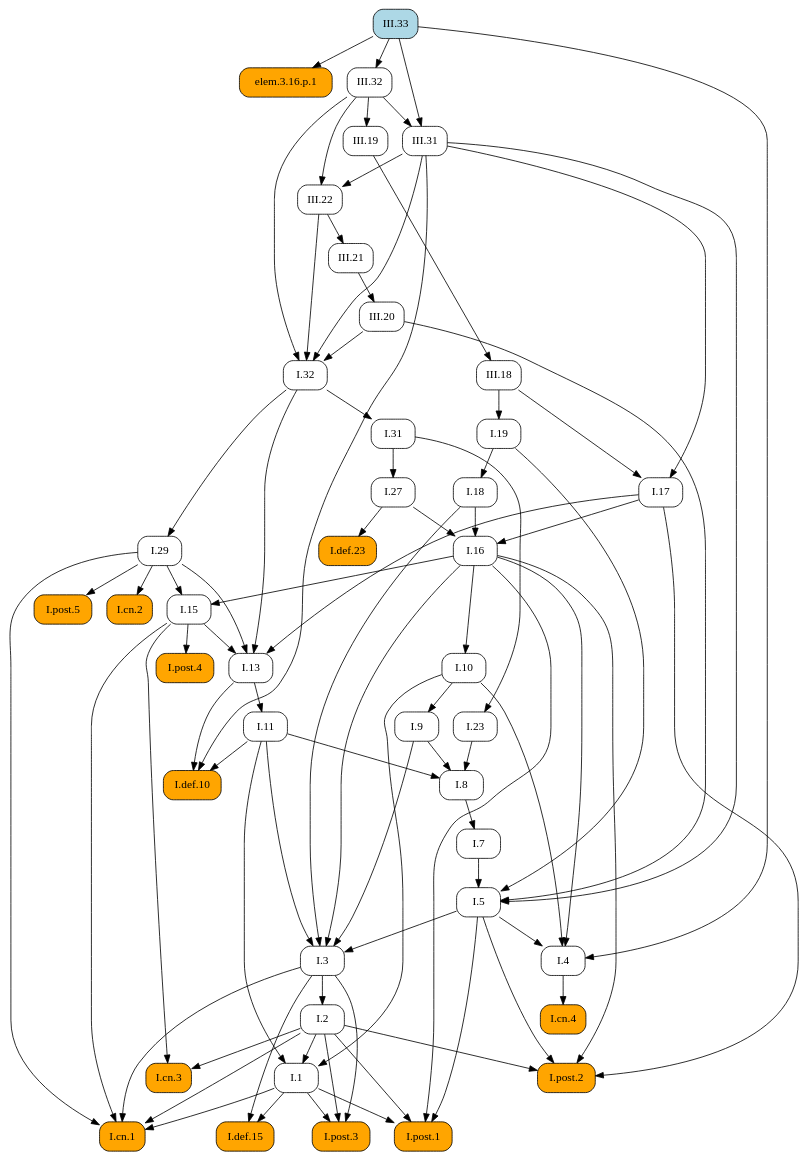
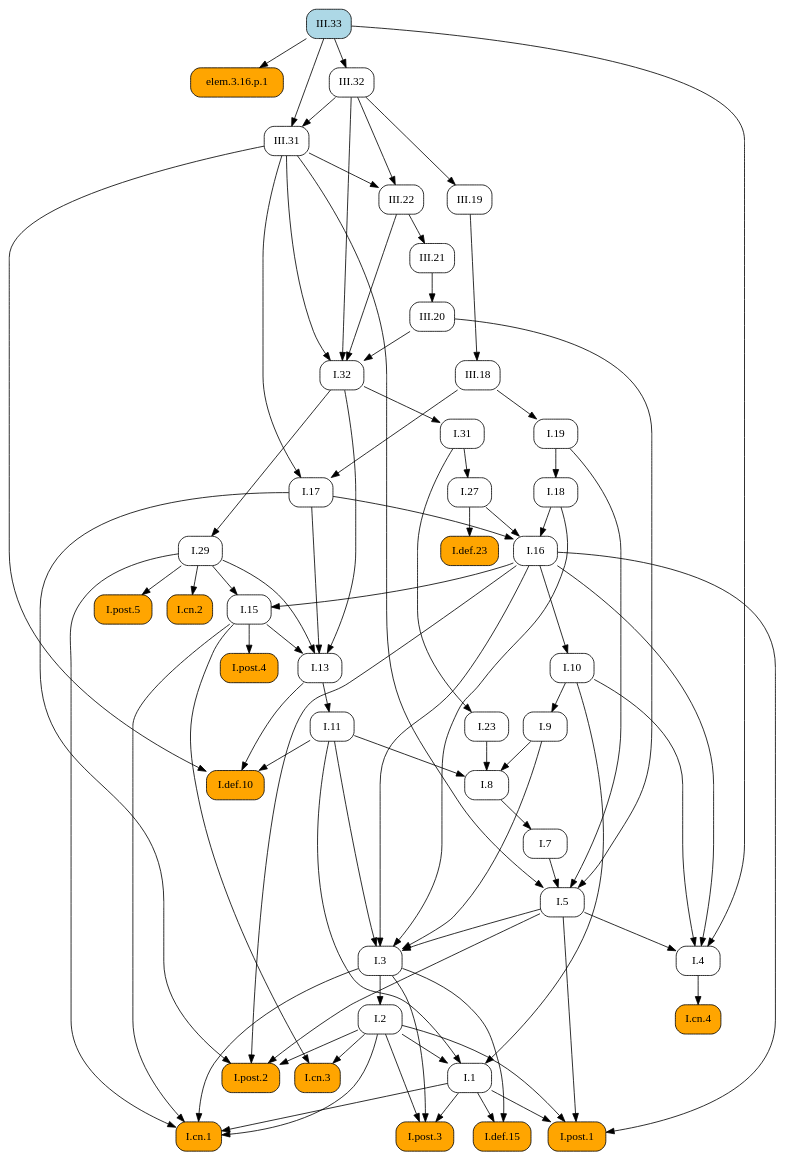
Before and after one commit to geometor/elements: the diagram in docsrc/elements2/III/33/index.rst, drawn with Graphviz. The commit also changed other lines of this file and 409 other files, not shown here.

First line of the commit message:
feat: Add image cropping and graphic extraction script

```diff
--- a/docsrc/elements2/III/33/index.rst
+++ b/docsrc/elements2/III/33/index.rst
@@ -141,129 +141,129 @@
    digraph {
      rankdir="TB";
      node [shape=box, style=rounded];
+     "III.18" [URL="/elements2/III/18/", target="_top"];
+     "I.31" [URL="/elements2/I/31/", target="_top"];
      "I.8" [URL="/elements2/I/8/", target="_top"];
+     "I.5" [URL="/elements2/I/5/", target="_top"];
+     "I.15" [URL="/elements2/I/15/", target="_top"];
+     "I.17" [URL="/elements2/I/17/", target="_top"];
+     "I.cn.1" [style="rounded,filled", fillcolor=orange, URL="/elements2/I/cn.1/", target="_top"];
+     "elem.3.16.p.1" [style="rounded,filled", fillcolor=orange];
      "I.32" [URL="/elements2/I/32/", target="_top"];
-     "I.post.1" [style="rounded,filled", fillcolor=orange, URL="/elements2/I/post.1/", target="_top"];
-     "I.5" [URL="/elements2/I/5/", target="_top"];
-     "I.post.5" [style="rounded,filled", fillcolor=orange, URL="/elements2/I/post.5/", target="_top"];
-     "I.def.10" [style="rounded,filled", fillcolor=orange, URL="/elements2/I/def.10/", target="_top"];
-     "I.cn.2" [style="rounded,filled", fillcolor=orange, URL="/elements2/I/cn.2/", target="_top"];
-     "III.22" [URL="/elements2/III/22/", target="_top"];
-     "elem.3.16.p.1" [style="rounded,filled", fillcolor=orange];
+     "I.7" [URL="/elements2/I/7/", target="_top"];
+     "I.23" [URL="/elements2/I/23/", target="_top"];
+     "I.16" [URL="/elements2/I/16/", target="_top"];
+     "III.20" [URL="/elements2/III/20/", target="_top"];
+     "III.19" [URL="/elements2/III/19/", target="_top"];
      "I.def.15" [style="rounded,filled", fillcolor=orange, URL="/elements2/I/def.15/", target="_top"];
      "III.31" [URL="/elements2/III/31/", target="_top"];
-     "I.31" [URL="/elements2/I/31/", target="_top"];
+     "I.19" [URL="/elements2/I/19/", target="_top"];
+     "I.def.10" [style="rounded,filled", fillcolor=orange, URL="/elements2/I/def.10/", target="_top"];
      "I.11" [URL="/elements2/I/11/", target="_top"];
-     "I.post.2" [style="rounded,filled", fillcolor=orange, URL="/elements2/I/post.2/", target="_top"];
+     "I.post.4" [style="rounded,filled", fillcolor=orange, URL="/elements2/I/post.4/", target="_top"];
+     "I.def.23" [style="rounded,filled", fillcolor=orange, URL="/elements2/I/def.23/", target="_top"];
+     "I.18" [URL="/elements2/I/18/", target="_top"];
+     "I.post.5" [style="rounded,filled", fillcolor=orange, URL="/elements2/I/post.5/", target="_top"];
      "I.3" [URL="/elements2/I/3/", target="_top"];
-     "I.def.23" [style="rounded,filled", fillcolor=orange, URL="/elements2/I/def.23/", target="_top"];
-     "I.19" [URL="/elements2/I/19/", target="_top"];
-     "I.1" [URL="/elements2/I/1/", target="_top"];
-     "I.cn.4" [style="rounded,filled", fillcolor=orange, URL="/elements2/I/cn.4/", target="_top"];
+     "III.22" [URL="/elements2/III/22/", target="_top"];
+     "I.10" [URL="/elements2/I/10/", target="_top"];
+     "III.21" [URL="/elements2/III/21/", target="_top"];
      "I.cn.3" [style="rounded,filled", fillcolor=orange, URL="/elements2/I/cn.3/", target="_top"];
-     "III.21" [URL="/elements2/III/21/", target="_top"];
-     "III.20" [URL="/elements2/III/20/", target="_top"];
-     "I.17" [URL="/elements2/I/17/", target="_top"];
-     "I.7" [URL="/elements2/I/7/", target="_top"];
+     "I.13" [URL="/elements2/I/13/", target="_top"];
+     "I.4" [URL="/elements2/I/4/", target="_top"];
+     "I.post.3" [style="rounded,filled", fillcolor=orange, URL="/elements2/I/post.3/", target="_top"];
+     "III.32" [URL="/elements2/III/32/", target="_top"];
+     "III.33" [style="rounded,filled", fillcolor=lightblue, URL="/elements2/III/33/", target="_top"];
      "I.9" [URL="/elements2/I/9/", target="_top"];
-     "III.32" [URL="/elements2/III/32/", target="_top"];
-     "I.cn.1" [style="rounded,filled", fillcolor=orange, URL="/elements2/I/cn.1/", target="_top"];
      "I.29" [URL="/elements2/I/29/", target="_top"];
-     "I.16" [URL="/elements2/I/16/", target="_top"];
-     "III.19" [URL="/elements2/III/19/", target="_top"];
-     "I.13" [URL="/elements2/I/13/", target="_top"];
-     "I.post.4" [style="rounded,filled", fillcolor=orange, URL="/elements2/I/post.4/", target="_top"];
-     "I.18" [URL="/elements2/I/18/", target="_top"];
+     "I.post.1" [style="rounded,filled", fillcolor=orange, URL="/elements2/I/post.1/", target="_top"];
      "I.2" [URL="/elements2/I/2/", target="_top"];
      "I.27" [URL="/elements2/I/27/", target="_top"];
-     "I.4" [URL="/elements2/I/4/", target="_top"];
-     "III.18" [URL="/elements2/III/18/", target="_top"];
-     "I.10" [URL="/elements2/I/10/", target="_top"];
-     "III.33" [style="rounded,filled", fillcolor=lightblue, URL="/elements2/III/33/", target="_top"];
-     "I.15" [URL="/elements2/I/15/", target="_top"];
-     "I.23" [URL="/elements2/I/23/", target="_top"];
-     "I.post.3" [style="rounded,filled", fillcolor=orange, URL="/elements2/I/post.3/", target="_top"];
+     "I.cn.4" [style="rounded,filled", fillcolor=orange, URL="/elements2/I/cn.4/", target="_top"];
+     "I.cn.2" [style="rounded,filled", fillcolor=orange, URL="/elements2/I/cn.2/", target="_top"];
+     "I.1" [URL="/elements2/I/1/", target="_top"];
+     "I.post.2" [style="rounded,filled", fillcolor=orange, URL="/elements2/I/post.2/", target="_top"];
+     "III.19" -> "III.18";
+     "I.32" -> "I.31";
      "I.9" -> "I.8";
      "I.11" -> "I.8";
      "I.23" -> "I.8";
+     "I.7" -> "I.5";
+     "I.19" -> "I.5";
+     "III.20" -> "I.5";
+     "III.31" -> "I.5";
+     "I.16" -> "I.15";
+     "I.29" -> "I.15";
+     "III.18" -> "I.17";
+     "III.31" -> "I.17";
+     "I.1" -> "I.cn.1";
+     "I.2" -> "I.cn.1";
+     "I.3" -> "I.cn.1";
+     "I.15" -> "I.cn.1";
+     "I.29" -> "I.cn.1";
+     "III.33" -> "elem.3.16.p.1";
      "III.20" -> "I.32";
      "III.22" -> "I.32";
      "III.31" -> "I.32";
      "III.32" -> "I.32";
-     "I.1" -> "I.post.1";
-     "I.2" -> "I.post.1";
-     "I.5" -> "I.post.1";
-     "I.16" -> "I.post.1";
-     "I.7" -> "I.5";
-     "I.19" -> "I.5";
-     "III.20" -> "I.5";
-     "III.31" -> "I.5";
-     "I.29" -> "I.post.5";
-     "I.11" -> "I.def.10";
-     "I.13" -> "I.def.10";
-     "III.31" -> "I.def.10";
-     "I.29" -> "I.cn.2";
-     "III.31" -> "III.22";
-     "III.32" -> "III.22";
-     "III.33" -> "elem.3.16.p.1";
+     "I.8" -> "I.7";
+     "I.31" -> "I.23";
+     "I.17" -> "I.16";
+     "I.18" -> "I.16";
+     "I.27" -> "I.16";
+     "III.21" -> "III.20";
+     "III.32" -> "III.19";
      "I.1" -> "I.def.15";
      "I.3" -> "I.def.15";
      "III.32" -> "III.31";
      "III.33" -> "III.31";
-     "I.32" -> "I.31";
+     "III.18" -> "I.19";
+     "I.11" -> "I.def.10";
+     "I.13" -> "I.def.10";
+     "III.31" -> "I.def.10";
      "I.13" -> "I.11";
-     "I.2" -> "I.post.2";
-     "I.5" -> "I.post.2";
-     "I.16" -> "I.post.2";
-     "I.17" -> "I.post.2";
+     "I.15" -> "I.post.4";
+     "I.27" -> "I.def.23";
+     "I.19" -> "I.18";
+     "I.29" -> "I.post.5";
      "I.5" -> "I.3";
      "I.9" -> "I.3";
      "I.11" -> "I.3";
      "I.16" -> "I.3";
      "I.18" -> "I.3";
-     "I.27" -> "I.def.23";
-     "III.18" -> "I.19";
-     "I.2" -> "I.1";
-     "I.10" -> "I.1";
-     "I.11" -> "I.1";
-     "I.4" -> "I.cn.4";
+     "III.31" -> "III.22";
+     "III.32" -> "III.22";
+     "I.16" -> "I.10";
+     "III.22" -> "III.21";
      "I.2" -> "I.cn.3";
      "I.15" -> "I.cn.3";
-     "III.22" -> "III.21";
-     "III.21" -> "III.20";
-     "III.18" -> "I.17";
-     "III.31" -> "I.17";
-     "I.8" -> "I.7";
-     "I.10" -> "I.9";
-     "III.33" -> "III.32";
-     "I.1" -> "I.cn.1";
-     "I.2" -> "I.cn.1";
-     "I.3" -> "I.cn.1";
-     "I.15" -> "I.cn.1";
-     "I.29" -> "I.cn.1";
-     "I.32" -> "I.29";
-     "I.17" -> "I.16";
-     "I.18" -> "I.16";
-     "I.27" -> "I.16";
-     "III.32" -> "III.19";
      "I.15" -> "I.13";
      "I.17" -> "I.13";
      "I.29" -> "I.13";
      "I.32" -> "I.13";
-     "I.15" -> "I.post.4";
-     "I.19" -> "I.18";
-     "I.3" -> "I.2";
-     "I.31" -> "I.27";
      "I.5" -> "I.4";
      "I.10" -> "I.4";
      "I.16" -> "I.4";
      "III.33" -> "I.4";
-     "III.19" -> "III.18";
-     "I.16" -> "I.10";
-     "I.16" -> "I.15";
-     "I.29" -> "I.15";
-     "I.31" -> "I.23";
      "I.1" -> "I.post.3";
      "I.2" -> "I.post.3";
      "I.3" -> "I.post.3";
+     "III.33" -> "III.32";
+     "I.10" -> "I.9";
+     "I.32" -> "I.29";
+     "I.1" -> "I.post.1";
+     "I.2" -> "I.post.1";
+     "I.5" -> "I.post.1";
+     "I.16" -> "I.post.1";
+     "I.3" -> "I.2";
+     "I.31" -> "I.27";
+     "I.4" -> "I.cn.4";
+     "I.29" -> "I.cn.2";
+     "I.2" -> "I.1";
+     "I.10" -> "I.1";
+     "I.11" -> "I.1";
+     "I.2" -> "I.post.2";
+     "I.5" -> "I.post.2";
+     "I.16" -> "I.post.2";
+     "I.17" -> "I.post.2";
    }
```
